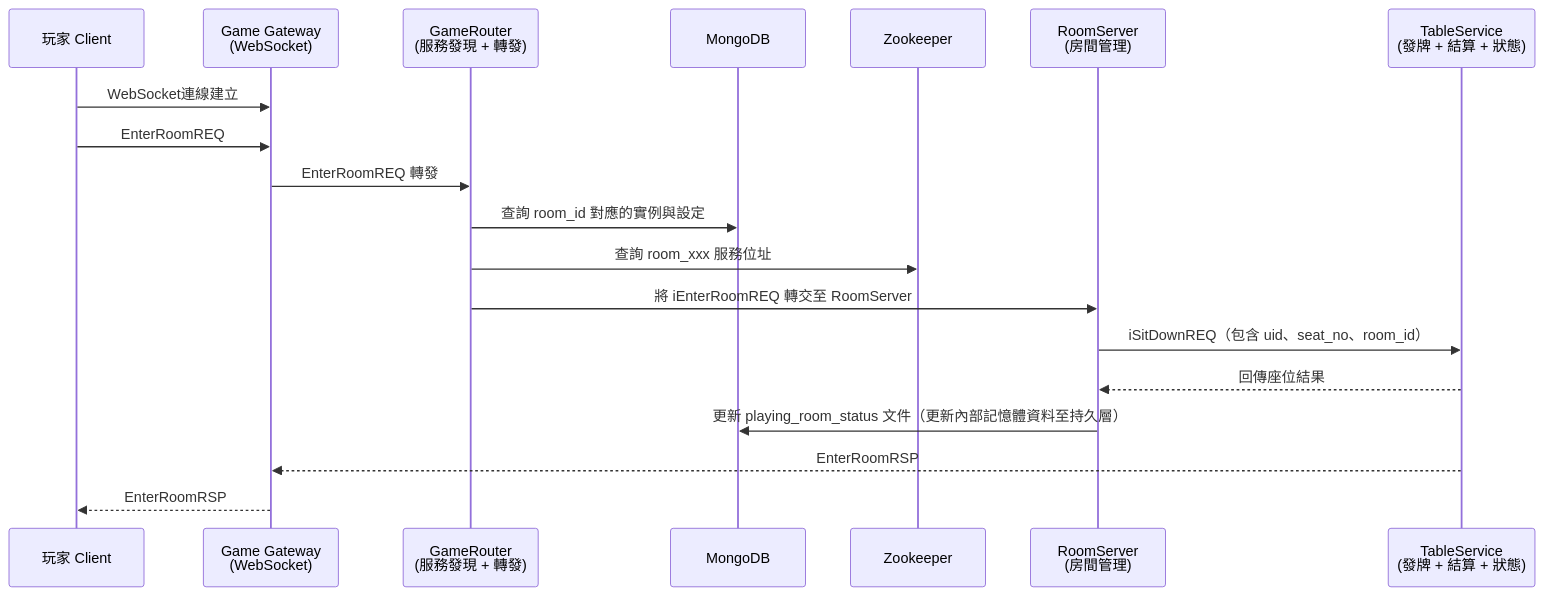
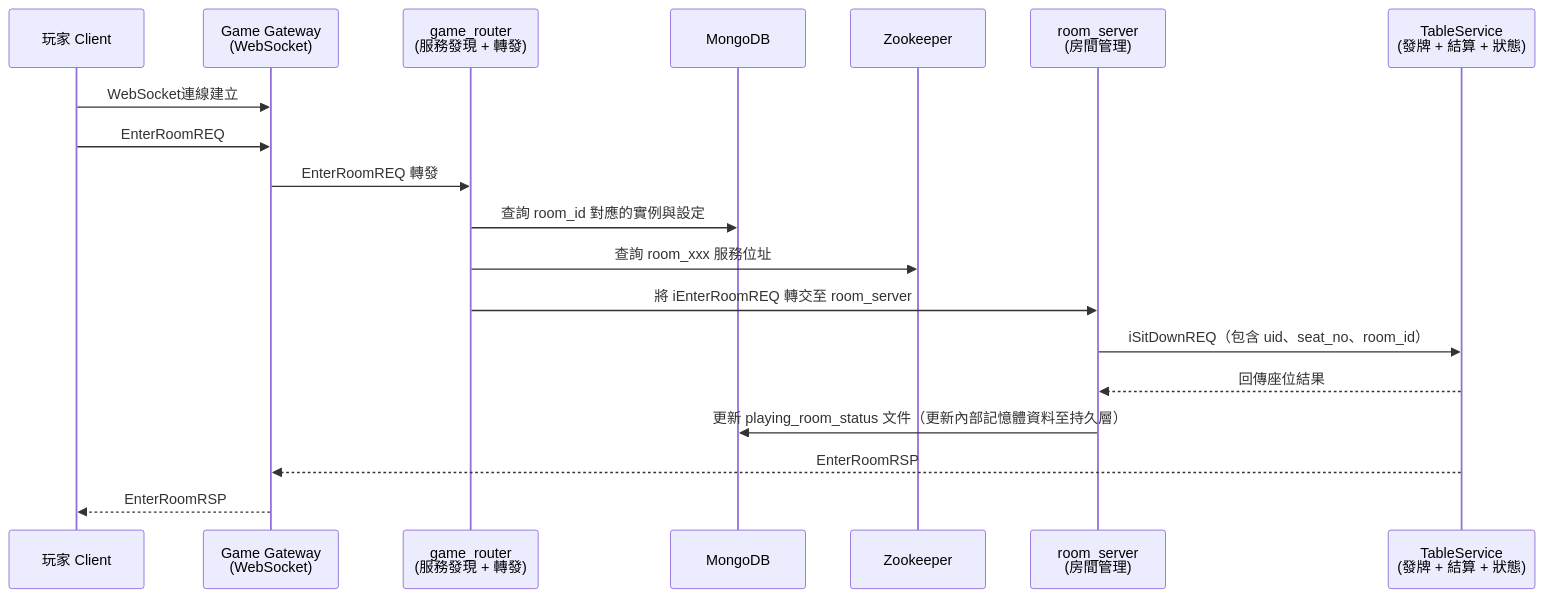
Before and after one commit to leeisman/poker_architecture: the diagram in enter_room_req.md, drawn with Mermaid. The commit also changed other lines of this file and 12 other files, not shown here.

````diff
--- a/enter_room_req.md
+++ b/enter_room_req.md
@@ -19,35 +19,35 @@
 ```mermaid
 sequenceDiagram
     participant Client as 玩家 Client
     participant Gateway as Game Gateway<br/>(WebSocket)
-    participant GameRouter as GameRouter<br/>(服務發現 + 轉發)
+    participant game_router as game_router<br/>(服務發現 + 轉發)
     participant Mongo as MongoDB
     participant ZK as Zookeeper
-    participant Room as RoomServer<br/>(房間管理)
+    participant Room as room_server<br/>(房間管理)
     participant Table as TableService<br/>(發牌 + 結算 + 狀態)
 
     %% 玩家連線並送出請求
     Client->>Gateway: WebSocket連線建立
     Client->>Gateway: EnterRoomREQ
 
-    %% Gateway 轉發請求給 GameRouter
-    Gateway->>GameRouter: EnterRoomREQ 轉發
+    %% Gateway 轉發請求給 game_router
+    Gateway->>game_router: EnterRoomREQ 轉發
 
-    %% GameRouter 查詢 Mongo 確認房間資訊
-    GameRouter->>Mongo: 查詢 room_id 對應的實例與設定
+    %% game_router 查詢 Mongo 確認房間資訊
+    game_router->>Mongo: 查詢 room_id 對應的實例與設定
 
-    %% GameRouter 透過 Zookeeper 找到 RoomServer 實例
-    GameRouter->>ZK: 查詢 room_xxx 服務位址
-    GameRouter->>Room: 將 iEnterRoomREQ 轉交至 RoomServer
+    %% game_router 透過 Zookeeper 找到 room_server 實例
+    game_router->>ZK: 查詢 room_xxx 服務位址
+    game_router->>Room: 將 iEnterRoomREQ 轉交至 room_server
 
-    %% RoomServer 處理座位分配並建立/指派 Table
+    %% room_server 處理座位分配並建立/指派 Table
     Room->>Table: iSitDownREQ（包含 uid、seat_no、room_id）
 
     %% Table 回傳入桌資訊（如 table_id, seat_no）
     Table-->>Room: 回傳座位結果
     Room->>Mongo: 更新 playing_room_status 文件（更新內部記憶體資料至持久層）
 
     %% ✅ TableService 最終直接回傳結果給 Gateway
     Table-->>Gateway: EnterRoomRSP
     Gateway-->>Client: EnterRoomRSP
 ```
````
